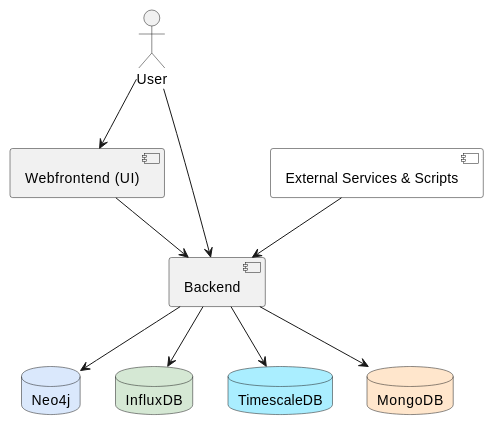
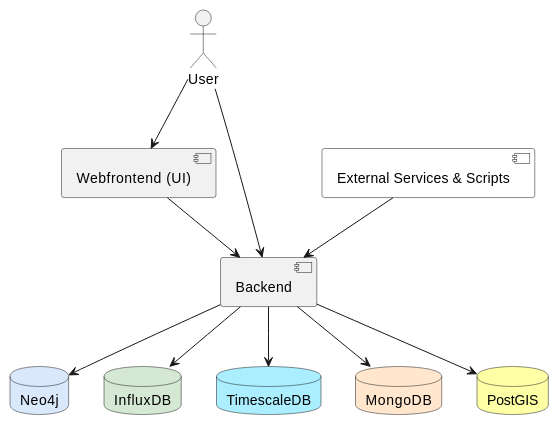
Before and after one commit to noheton/shepard: the first of 6 diagrams in architecture/src/05_building_block_view/index.adoc, drawn with PlantUML. The commit also changed other lines of this file and 7 other files, not shown here.

```diff
--- a/architecture/src/05_building_block_view/index.adoc
+++ b/architecture/src/05_building_block_view/index.adoc
@@ -13,26 +13,28 @@
 [plantuml, "{plantUMLDir}whitebox-overview", png]
 ----
 @startuml Whitebox Overview
 
 :User: as user
 [Webfrontend (UI)] as frontend
 [External Services & Scripts] as stc #ffffff
 
 [Backend] as backend
 database "Neo4j" as neo4j #DAE8FC
 database "InfluxDB" as influxdb #D5E8D4
 database "TimescaleDB" as timescale #AAEEFF
 database "MongoDB" as mongodb #FFE6CC
+database "PostGIS" as postgis #FFFFA5
 
 stc --> backend
 frontend --> backend
 
 backend --> neo4j
 backend --> influxdb
 backend --> timescale
 backend --> mongodb
+backend --> postgis
 
 user --> frontend
 user --> backend
 @enduml
 ----
```
